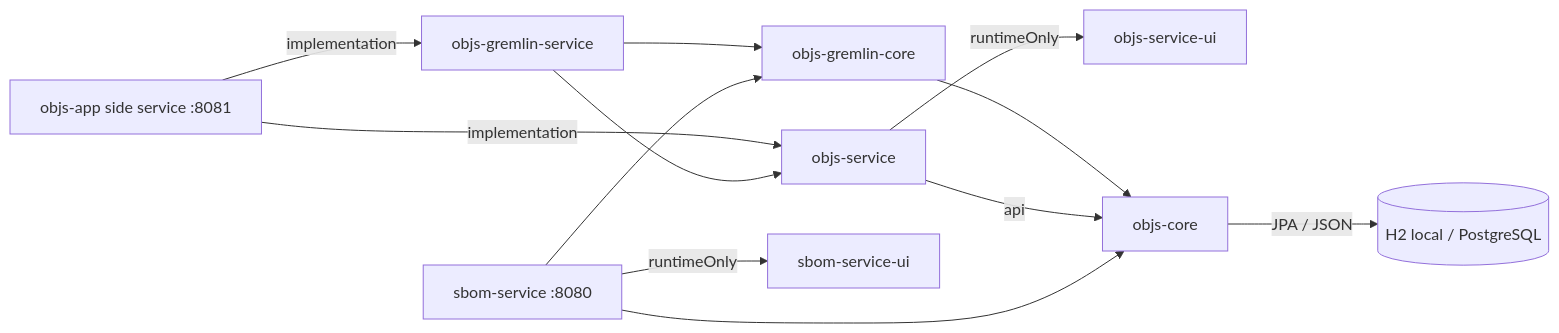
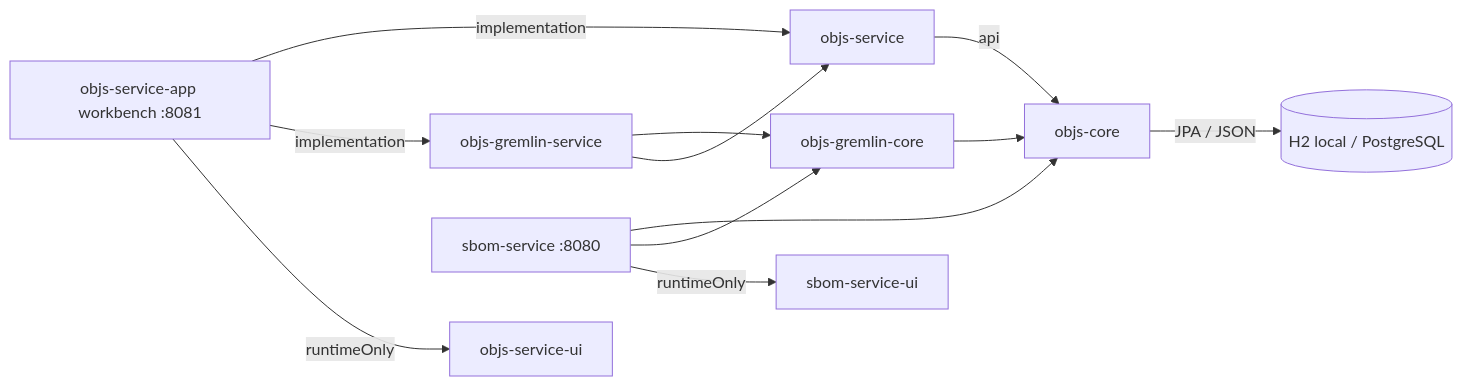
One commit to qpointz/objs changed the diagram in docs/design/platform/overview.md. Above: the diagram before and after it, drawn with Mermaid. The commit also changed other lines of this file and 17 other files, not shown here.

First line of the commit message:
[docs] Document SPA prefixes and objs-service-app

````diff
--- a/docs/design/platform/overview.md
+++ b/docs/design/platform/overview.md
@@ -37,22 +37,22 @@
 ```mermaid
 flowchart LR
-  app[objs-app side service :8081]
+  app[objs-service-app workbench :8081]
   gsvc[objs-gremlin-service]
   gcore[objs-gremlin-core]
   service[objs-service]
   ui[objs-service-ui]
   sbom[sbom-service :8080]
   sbomui[sbom-service-ui]
   core[objs-core]
   app -->|implementation| service
   app -->|implementation| gsvc
-  service -->|runtimeOnly| ui
+  app -->|runtimeOnly| ui
   gsvc --> gcore
   gsvc --> service
   gcore --> core
   service -->|api| core
   sbom --> core
   sbom --> gcore
   sbom -->|runtimeOnly| sbomui
   core -->|JPA / JSON| db[(H2 local / PostgreSQL)]
 ```
````
